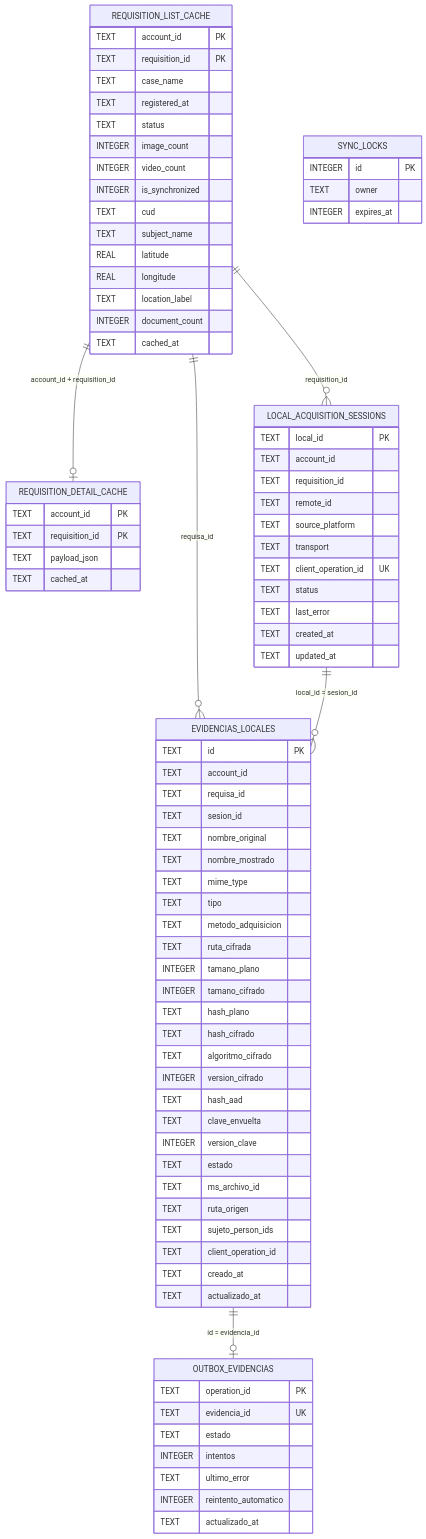
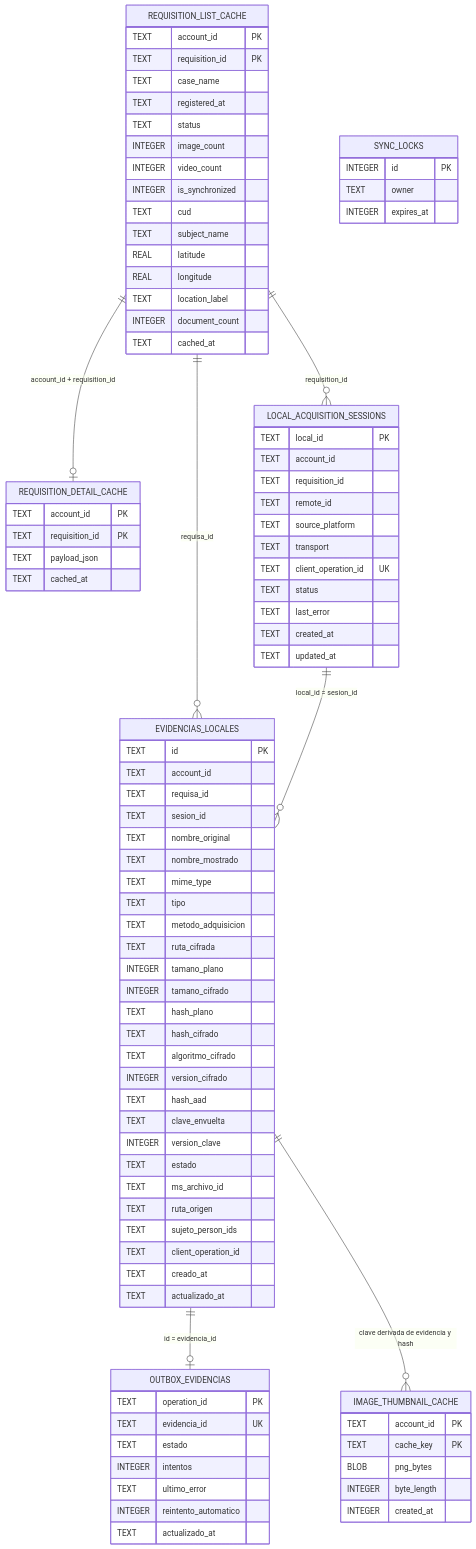
One commit to AlberthRKO/file-cast changed the first of 4 diagrams in docs/LOCAL_SQLITE_DATABASE_DIAGRAM.md. Above: the diagram before and after it, drawn with Mermaid. The commit also changed other lines of this file and 23 other files, not shown here.

Commit message:
(App) Correcciones y mejoras de carga de thumball despues de sincronizar jira/FC-133 (App) Vista previa de evidencias en mirror page jira/FC-134 (App) Cache y optimizacion prolongada de thumball rendimiento jira/FC-135

````diff
--- a/docs/LOCAL_SQLITE_DATABASE_DIAGRAM.md
+++ b/docs/LOCAL_SQLITE_DATABASE_DIAGRAM.md
@@ -112,9 +114,18 @@
         INTEGER expires_at
     }
 
+    IMAGE_THUMBNAIL_CACHE {
+        TEXT account_id PK
+        TEXT cache_key PK
+        BLOB png_bytes
+        INTEGER byte_length
+        INTEGER created_at
+    }
+
     REQUISITION_LIST_CACHE ||--o| REQUISITION_DETAIL_CACHE : "account_id + requisition_id"
     REQUISITION_LIST_CACHE ||--o{ LOCAL_ACQUISITION_SESSIONS : "requisition_id"
     REQUISITION_LIST_CACHE ||--o{ EVIDENCIAS_LOCALES : "requisa_id"
     LOCAL_ACQUISITION_SESSIONS ||--o{ EVIDENCIAS_LOCALES : "local_id = sesion_id"
     EVIDENCIAS_LOCALES ||--o| OUTBOX_EVIDENCIAS : "id = evidencia_id"
+    EVIDENCIAS_LOCALES ||--o{ IMAGE_THUMBNAIL_CACHE : "clave derivada de evidencia y hash"
 ```
````
